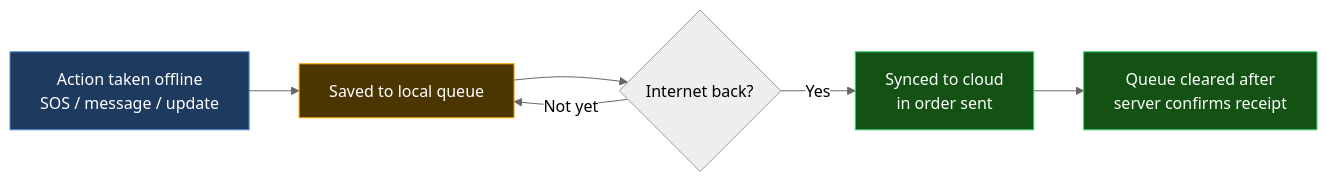
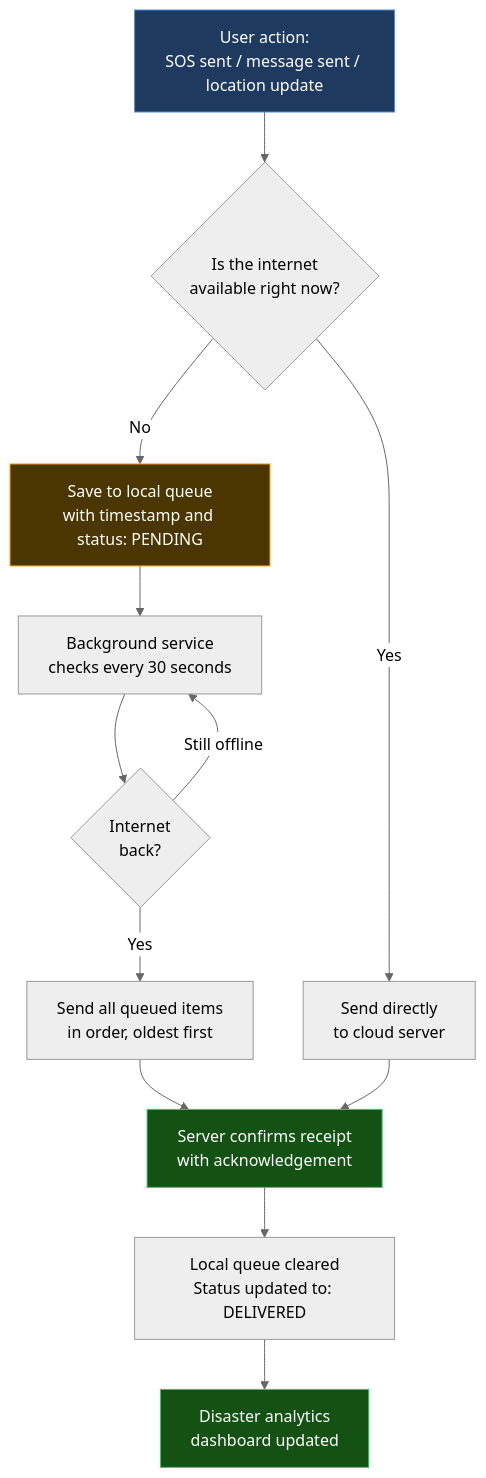
One commit to angelverman2021-a11y/sahara changed the third of 3 diagrams in README.md. Above: the diagram before and after it, drawn with Mermaid (neutral theme). The commit also changed other lines of this file, not shown here.

````diff
--- a/README.md
+++ b/README.md
@@ -195,17 +428,25 @@
 ```mermaid
-flowchart LR
-    A["Action taken offline\nSOS / message / update"]
-    B["Saved to local queue"]
-    C{"Internet back?"}
-    D["Synced to cloud\nin order sent"]
-    E["Queue cleared after\nserver confirms receipt"]
+flowchart TD
+    A["User action:\nSOS sent / message sent / location update"] --> B
 
-    A --> B --> C
-    C -->|"Not yet"| B
-    C -->|"Yes"| D --> E
+    B{"Is the internet\navailable right now?"}
+
+    B -->|"Yes"| C["Send directly\nto cloud server"]
+    B -->|"No"| D["Save to local queue\nwith timestamp and status: PENDING"]
+
+    D --> E["Background service\nchecks every 30 seconds"]
+    E --> F{"Internet\nback?"}
+    F -->|"Still offline"| E
+    F -->|"Yes"| G["Send all queued items\nin order, oldest first"]
+
+    G --> H["Server confirms receipt\nwith acknowledgement"]
+    C --> H
+
+    H --> I["Local queue cleared\nStatus updated to: DELIVERED"]
+    I --> J["Disaster analytics\ndashboard updated"]
 
     style A fill:#1F3A5F,color:#fff,stroke:#4A90D9
-    style B fill:#4B3500,color:#fff,stroke:#FFA500
-    style D fill:#145214,color:#fff,stroke:#2ECC71
-    style E fill:#145214,color:#fff,stroke:#2ECC71
+    style D fill:#4B3500,color:#fff,stroke:#FFA500
+    style J fill:#145214,color:#fff,stroke:#2ECC71
+    style H fill:#145214,color:#fff,stroke:#2ECC71
 ```
````
